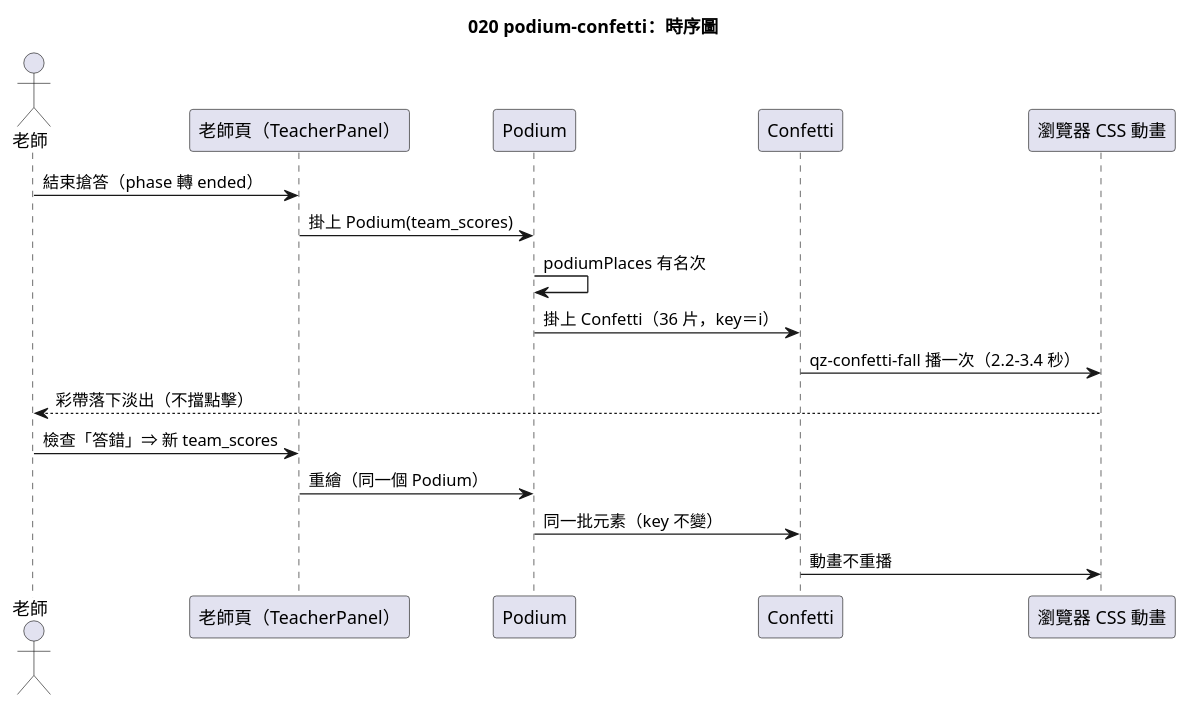
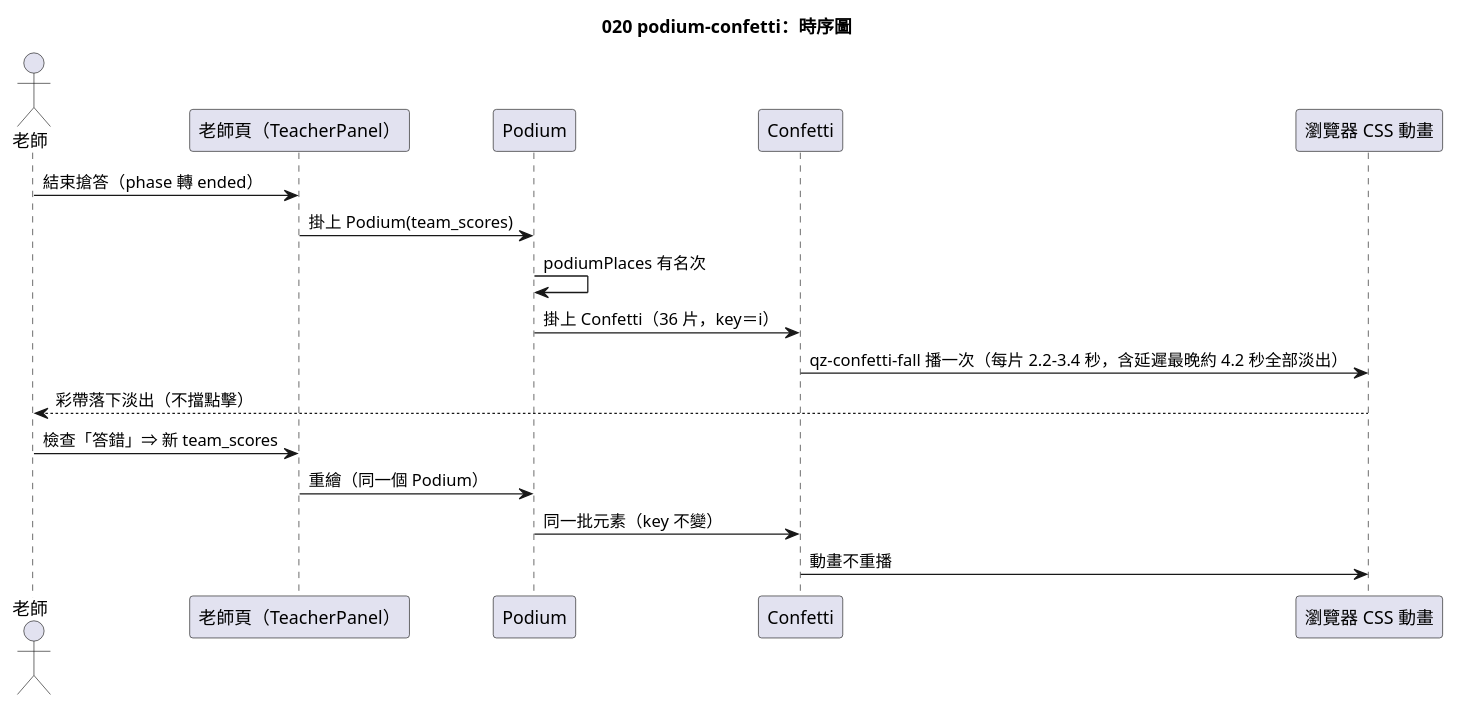
Before and after one commit to yue083139/software_fin-speckit: the diagram in diagrams/020-podium-confetti-sequence.puml, drawn with PlantUML. The commit also changed 3 other files, not shown here.

Commit message:
docs(diagrams): 020-podium-confetti 類別圖與時序圖訂正（評審 followup）

```diff
--- a/diagrams/020-podium-confetti-sequence.puml
+++ b/diagrams/020-podium-confetti-sequence.puml
@@ -1,20 +1,20 @@
 @startuml 020-podium-confetti-sequence
 title 020 podium-confetti：時序圖
 
 actor "老師" as T
 participant "老師頁（TeacherPanel）" as W
 participant "Podium" as P
 participant "Confetti" as C
 participant "瀏覽器 CSS 動畫" as B
 
 T -> W : 結束搶答（phase 轉 ended）
 W -> P : 掛上 Podium(team_scores)
 P -> P : podiumPlaces 有名次
 P -> C : 掛上 Confetti（36 片，key＝i）
-C -> B : qz-confetti-fall 播一次（2.2–3.4 秒）
+C -> B : qz-confetti-fall 播一次（每片 2.2–3.4 秒，含延遲最晚約 4.2 秒全部淡出）
 B --> T : 彩帶落下淡出（不擋點擊）
 T -> W : 檢查「答錯」⇒ 新 team_scores
 W -> P : 重繪（同一個 Podium）
 P -> C : 同一批元素（key 不變）
 C -> B : 動畫不重播
 @enduml
```
